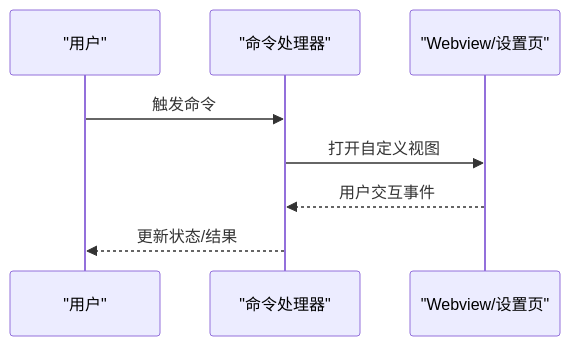
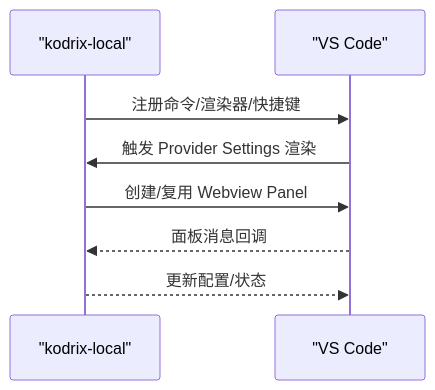
Before and after one commit to sofate798/KodrixCode: the fourth of 6 diagrams in .qoder/repowiki/zh/content/扩展开发/扩展开发.md, drawn with Mermaid. The commit also changed other lines of this file and 178 other files, not shown here.

````diff
--- a/.qoder/repowiki/zh/content/扩展开发/扩展开发.md
+++ b/.qoder/repowiki/zh/content/扩展开发/扩展开发.md
@@ -179,10 +160,10 @@
 ```mermaid
 sequenceDiagram
-participant User as "用户"
-participant Cmd as "命令处理器"
-participant WV as "Webview/设置页"
-User->>Cmd : 触发命令
-Cmd->>WV : 打开自定义视图
-WV-->>Cmd : 用户交互事件
-Cmd-->>User : 更新状态/结果
+participant Ext as "kodrix-local"
+participant VS as "VS Code"
+Ext->>VS : 注册命令/渲染器/快捷键
+VS->>Ext : 触发 Provider Settings 渲染
+Ext->>VS : 创建/复用 Webview Panel
+VS-->>Ext : 面板消息回调
+Ext-->>VS : 更新配置/状态
 ```
````
